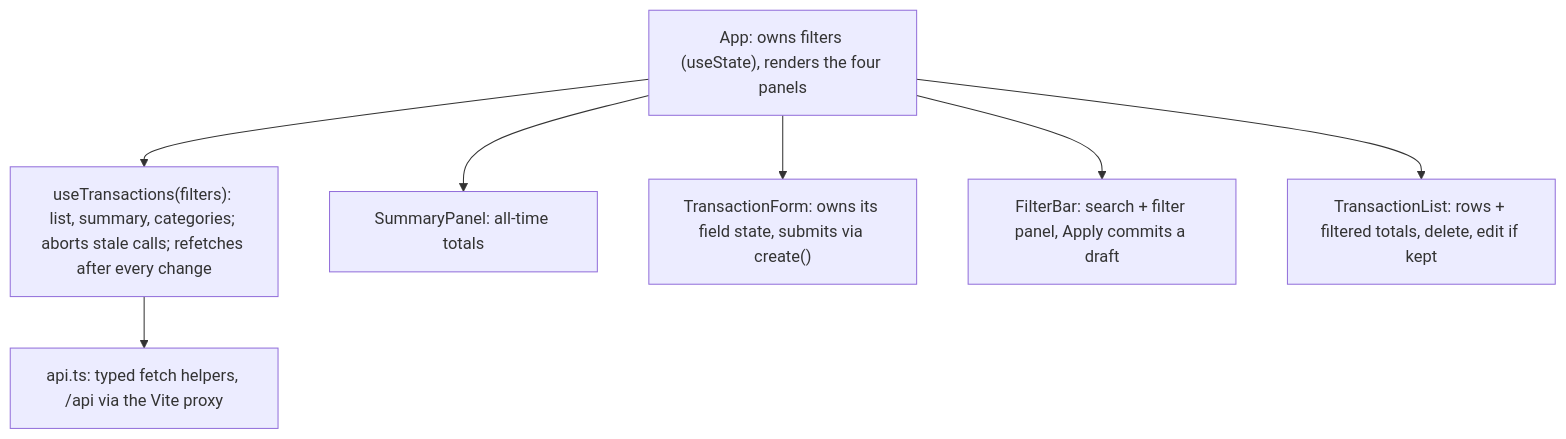
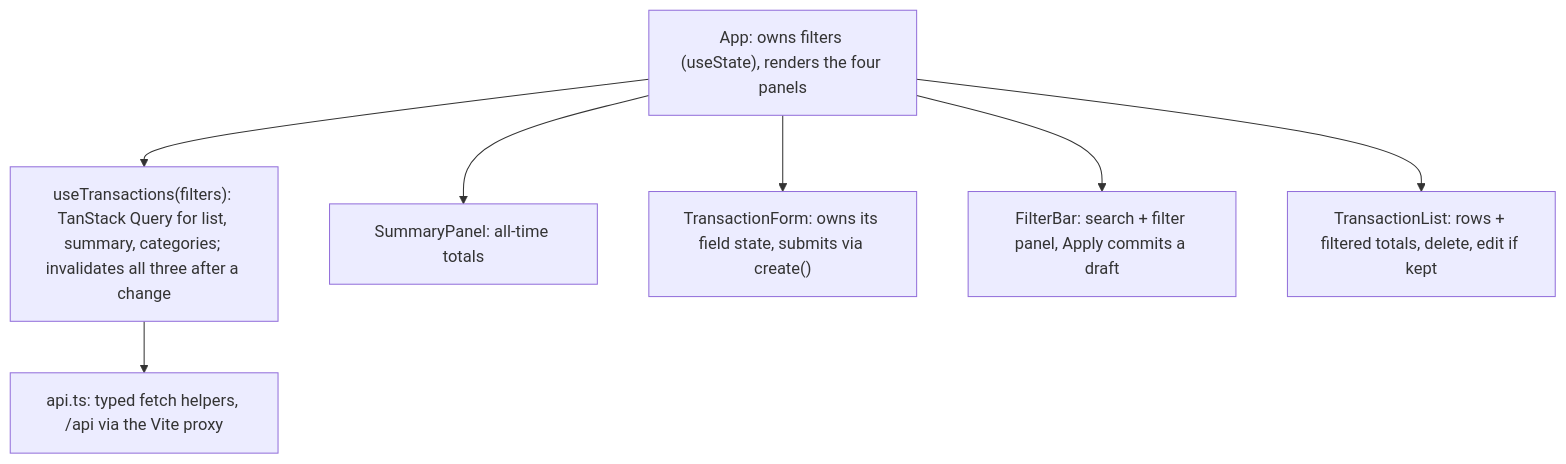
One commit to espinozac/budget-tracker changed the diagram in docs/PLAN.md. Above: the diagram before and after it, drawn with Mermaid. The commit also changed other lines of this file and 1 other file, not shown here.

Commit message:
docs: lock AI category suggestions and TanStack Query

````diff
--- a/docs/PLAN.md
+++ b/docs/PLAN.md
@@ -273,15 +275,15 @@
 ```mermaid
 flowchart TD
     App["App: owns filters (useState), renders the four panels"]
-    Hook["useTransactions(filters): list, summary, categories; aborts stale calls; refetches after every change"]
+    Hook["useTransactions(filters): TanStack Query for list, summary, categories; invalidates all three after a change"]
     Api["api.ts: typed fetch helpers, /api via the Vite proxy"]
     Summary["SummaryPanel: all-time totals"]
     Form["TransactionForm: owns its field state, submits via create()"]
     Filters["FilterBar: search + filter panel, Apply commits a draft"]
     List["TransactionList: rows + filtered totals, delete, edit if kept"]
     App --> Hook --> Api
     App --> Summary
     App --> Form
     App --> Filters
     App --> List
 ```
````
